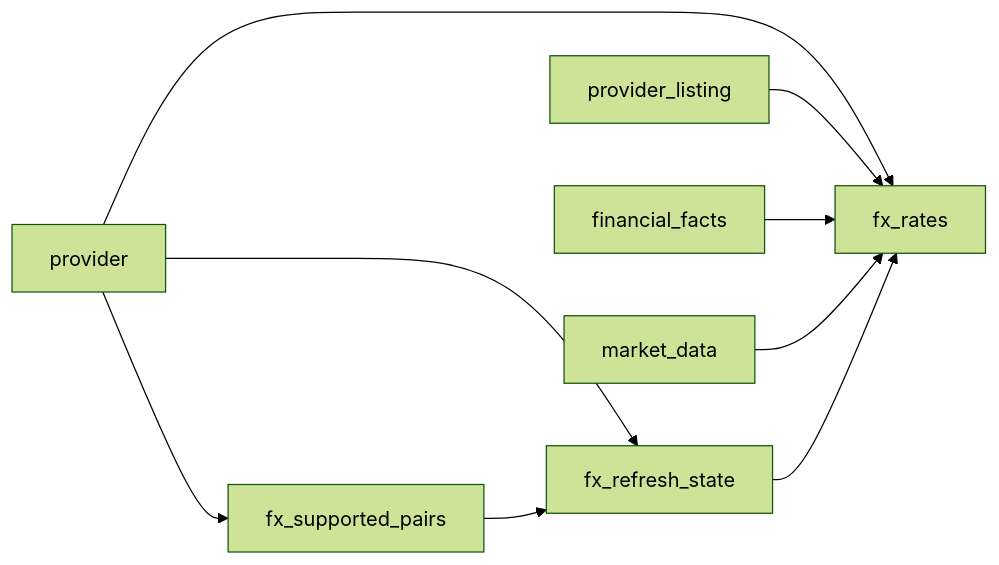
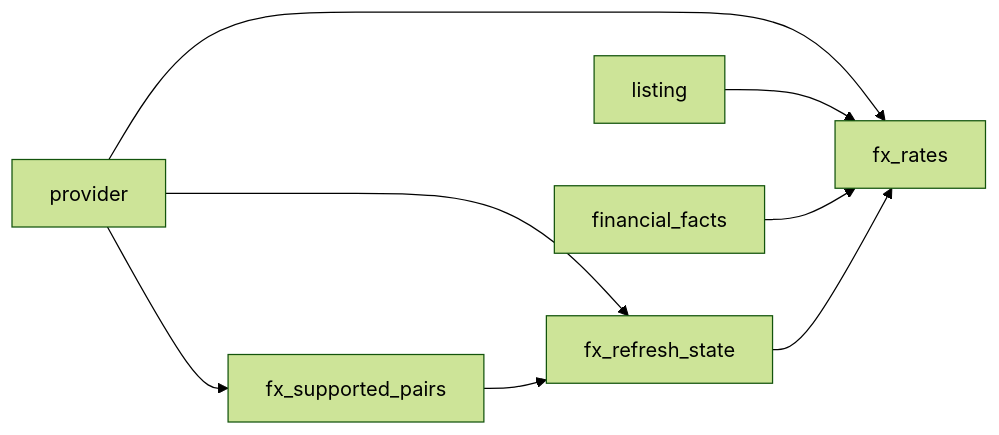
The second of 2 diagrams in docs/architecture/database/relationships.md (emretezel/pyvalue), drawn with Mermaid (forest theme) before and after one commit. The commit also changed other lines of this file and 35 other files, not shown here.

````diff
--- a/docs/architecture/database/relationships.md
+++ b/docs/architecture/database/relationships.md
@@ -30,11 +30,10 @@
 ```mermaid
 flowchart LR
     provider --> fx_supported_pairs
     provider --> fx_refresh_state
     provider --> fx_rates
-    provider_listing --> fx_rates
+    listing --> fx_rates
     financial_facts --> fx_rates
-    market_data --> fx_rates
     fx_supported_pairs --> fx_refresh_state
     fx_refresh_state --> fx_rates
 ```
````
